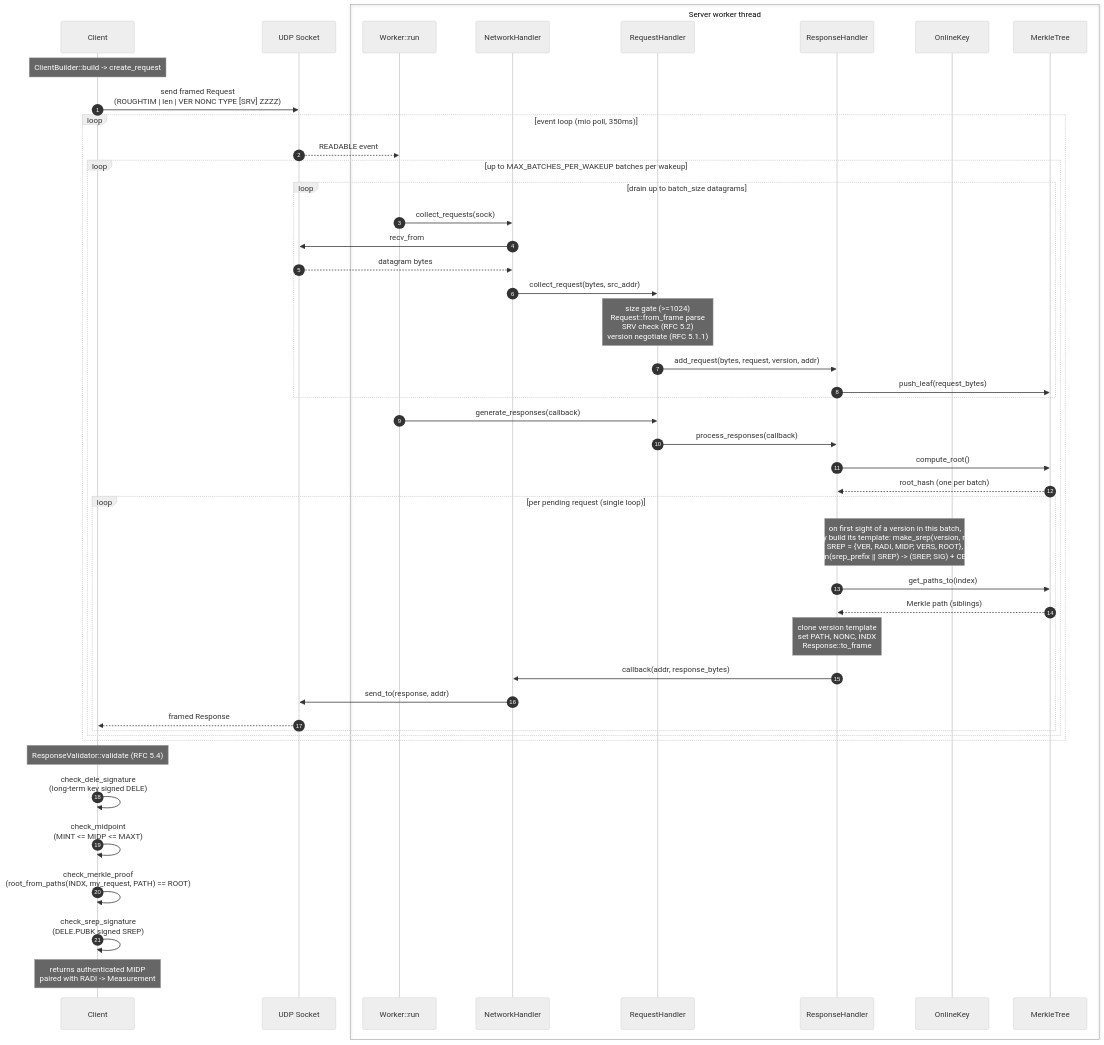
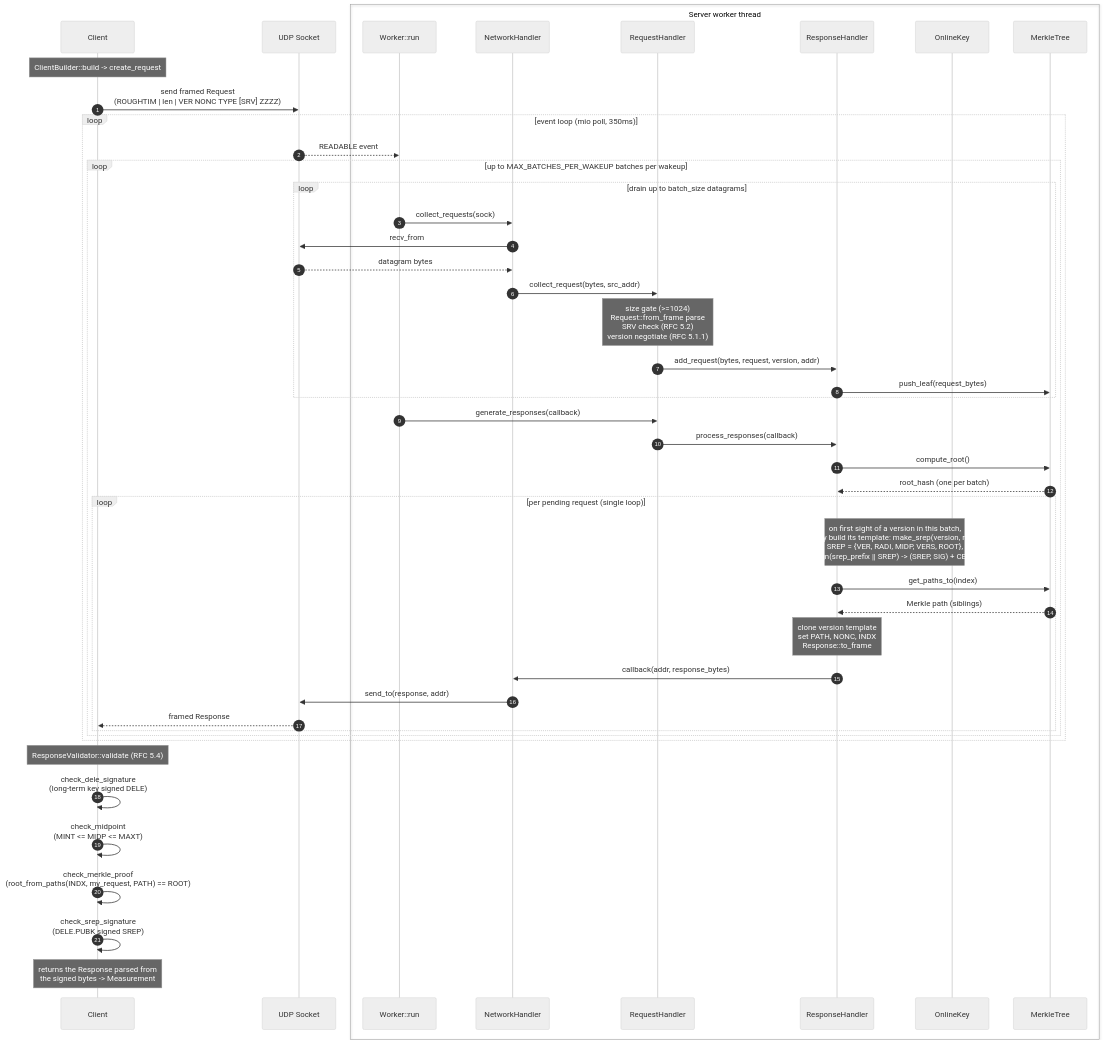
Before and after one commit to int08h/roughenough: the diagram in doc/REQUEST-FLOW.md, drawn with Mermaid (neutral theme). The commit also changed 12 other files, not shown here.

First line of the commit message:
client: validate from the signed bytes; share one signature check

````diff
--- a/doc/REQUEST-FLOW.md
+++ b/doc/REQUEST-FLOW.md
@@ -29,53 +29,53 @@
 ```mermaid
 sequenceDiagram
     autonumber
     participant C as Client
     participant Sock as UDP Socket
     box Server worker thread
         participant W as Worker::run
         participant N as NetworkHandler
         participant RH as RequestHandler
         participant RS as ResponseHandler
         participant K as OnlineKey
         participant M as MerkleTree
     end
 
     Note over C: ClientBuilder::build -> create_request
     C->>Sock: send framed Request<br/>(ROUGHTIM | len | VER NONC TYPE [SRV] ZZZZ)
 
     loop event loop (mio poll, 350ms)
         Sock-->>W: READABLE event
         loop up to MAX_BATCHES_PER_WAKEUP batches per wakeup
             loop drain up to batch_size datagrams
                 W->>N: collect_requests(sock)
                 N->>Sock: recv_from
                 Sock-->>N: datagram bytes
                 N->>RH: collect_request(bytes, src_addr)
                 Note over RH: size gate (>=1024)<br/>Request::from_frame parse<br/>SRV check (RFC 5.2)<br/>version negotiate (RFC 5.1.1)
                 RH->>RS: add_request(bytes, request, version, addr)
                 RS->>M: push_leaf(request_bytes)
             end
 
             W->>RH: generate_responses(callback)
             RH->>RS: process_responses(callback)
             RS->>M: compute_root()
             M-->>RS: root_hash (one per batch)
             loop per pending request (single loop)
                 Note over RS,K: on first sight of a version in this batch,<br/>lazily build its template: make_srep(version, root),<br/>SREP = {VER, RADI, MIDP, VERS, ROOT},<br/>sign(srep_prefix || SREP) -> (SREP, SIG) + CERT
                 RS->>M: get_paths_to(index)
                 M-->>RS: Merkle path (siblings)
                 Note over RS: clone version template<br/>set PATH, NONC, INDX<br/>Response::to_frame
                 RS->>N: callback(addr, response_bytes)
                 N->>Sock: send_to(response, addr)
                 Sock-->>C: framed Response
             end
         end
     end
 
     Note over C: ResponseValidator::validate (RFC 5.4)
     C->>C: check_dele_signature<br/>(long-term key signed DELE)
     C->>C: check_midpoint<br/>(MINT <= MIDP <= MAXT)
     C->>C: check_merkle_proof<br/>(root_from_paths(INDX, my_request, PATH) == ROOT)
     C->>C: check_srep_signature<br/>(DELE.PUBK signed SREP)
-    Note over C: returns authenticated MIDP<br/>paired with RADI -> Measurement
+    Note over C: returns the Response parsed from<br/>the signed bytes -> Measurement
 ```
````
